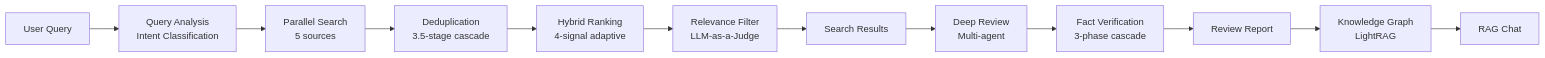
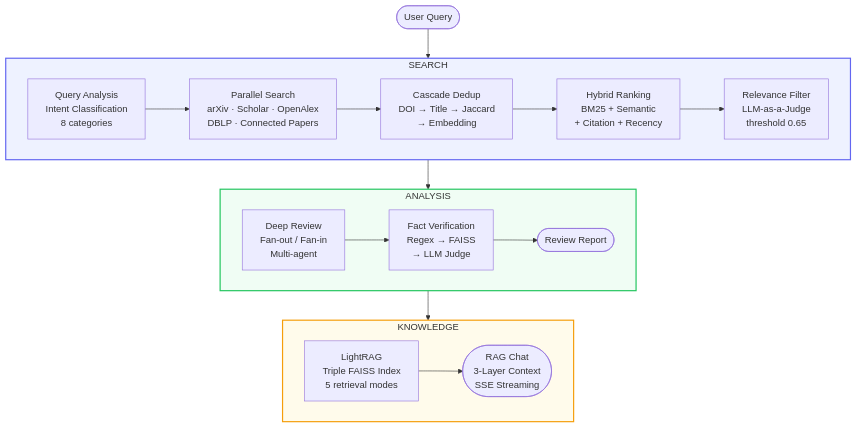
The diagram in README.md (KimJiSeong1994/PaperReview), drawn with Mermaid before and after one commit. The commit also changed other lines of this file, not shown here.

````diff
--- a/README.md
+++ b/README.md
@@ -40,14 +46,32 @@
 ```mermaid
-flowchart LR
-    Q[User Query] --> QA[Query Analysis<br/>Intent Classification]
-    QA --> PS[Parallel Search<br/>5 sources]
-    PS --> DD[Deduplication<br/>3.5-stage cascade]
-    DD --> HR[Hybrid Ranking<br/>4-signal adaptive]
-    HR --> RF[Relevance Filter<br/>LLM-as-a-Judge]
-    RF --> SR[Search Results]
-    SR --> DR[Deep Review<br/>Multi-agent]
-    DR --> FV[Fact Verification<br/>3-phase cascade]
-    FV --> RP[Review Report]
-    RP --> KG[Knowledge Graph<br/>LightRAG]
-    KG --> RC[RAG Chat]
+flowchart TD
+    Q(["User Query"])
+    Q --> QA
+
+    subgraph S["SEARCH"]
+        direction LR
+        QA["Query Analysis<br/>Intent Classification<br/>8 categories"] --> PS["Parallel Search<br/>arXiv · Scholar · OpenAlex<br/>DBLP · Connected Papers"]
+        PS --> DD["Cascade Dedup<br/>DOI → Title → Jaccard<br/>→ Embedding"]
+        DD --> HR["Hybrid Ranking<br/>BM25 + Semantic<br/>+ Citation + Recency"]
+        HR --> RF["Relevance Filter<br/>LLM-as-a-Judge<br/>threshold 0.65"]
+    end
+
+    RF --> DR
+
+    subgraph A["ANALYSIS"]
+        direction LR
+        DR["Deep Review<br/>Fan-out / Fan-in<br/>Multi-agent"] --> FV["Fact Verification<br/>Regex → FAISS<br/>→ LLM Judge"]
+        FV --> RP(["Review Report"])
+    end
+
+    RP --> KG
+
+    subgraph K["KNOWLEDGE"]
+        direction LR
+        KG["LightRAG<br/>Triple FAISS Index<br/>5 retrieval modes"] --> RC(["RAG Chat<br/>3-Layer Context<br/>SSE Streaming"])
+    end
+
+    style S fill:#eef2ff,stroke:#6366f1,stroke-width:2px
+    style A fill:#f0fdf4,stroke:#22c55e,stroke-width:2px
+    style K fill:#fffbeb,stroke:#f59e0b,stroke-width:2px
 ```
````
